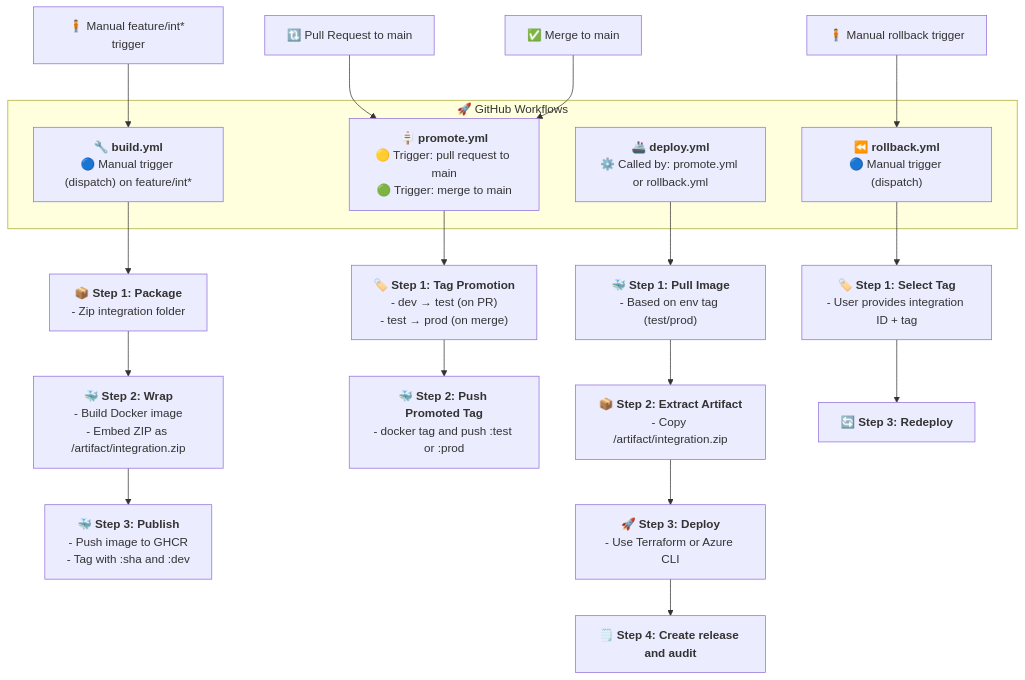
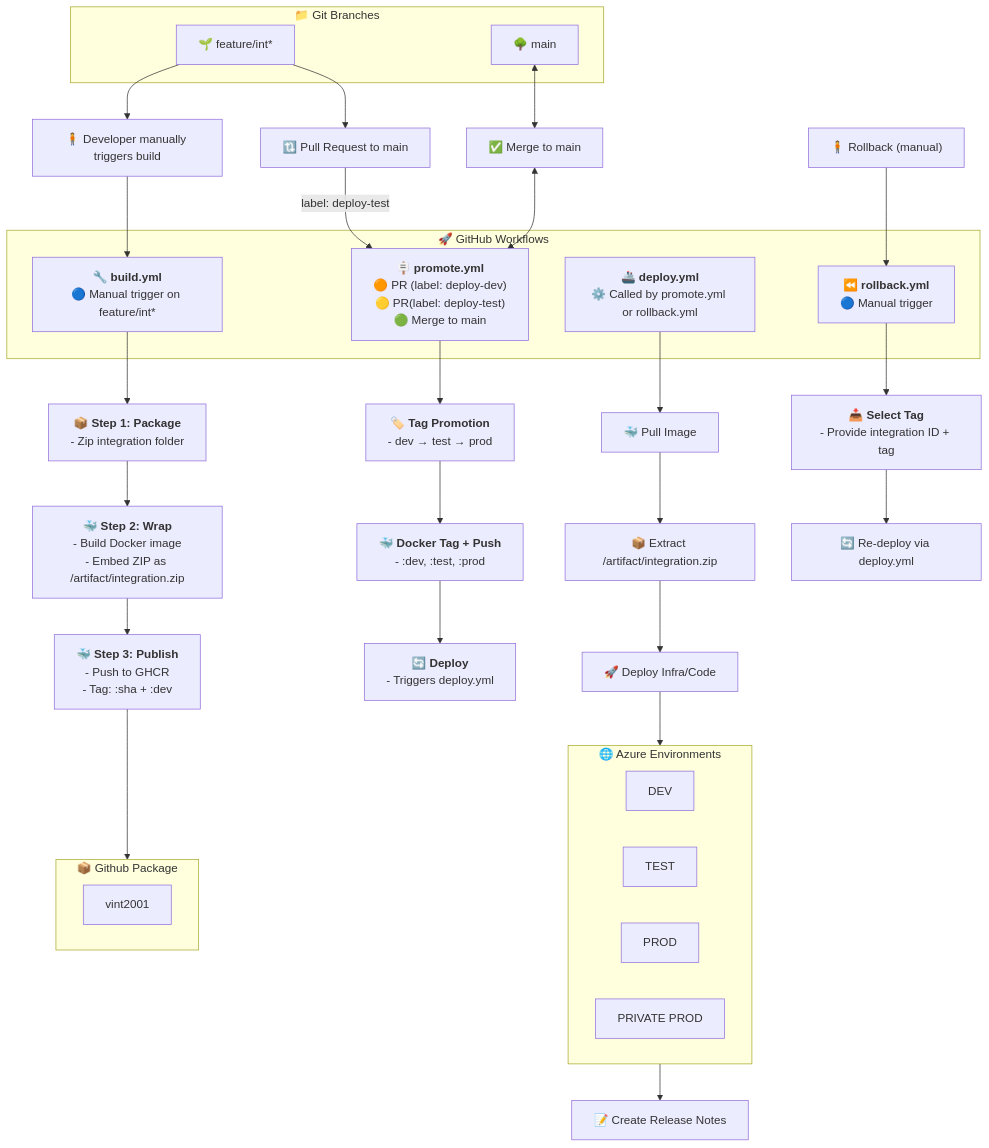
The diagram in README.md (antonidag/radius), drawn with Mermaid before and after one commit.

````diff
--- a/README.md
+++ b/README.md
@@ -1,24 +1,68 @@
 ```mermaid
 flowchart TD
- subgraph subGraph0["🚀 GitHub Workflows"]
-        W1["🔧 <b>build.yml</b><br>🔵 Manual trigger (dispatch) on feature/int*"]
-        W2["🪧 <b>promote.yml</b><br>🟡 Trigger: pull request to main<br>🟢 Trigger: merge to main"]
-        W3["🚢 <b>deploy.yml</b><br>⚙️ Called by: promote.yml or rollback.yml"]
-        W4["⏪ <b>rollback.yml</b><br>🔵 Manual trigger (dispatch)"]
+  %% Git branches
+  subgraph GIT["📁 Git Branches"]
+    branchFeature["🌱 feature/int*"]
+    branchMain["🌳 main"]
   end
-    W1 --> B1["📦 <b>Step 1: Package</b><br>- Zip integration folder"]
-    B1 --> B2["🐳 <b>Step 2: Wrap</b><br>- Build Docker image<br>- Embed ZIP as /artifact/integration.zip"]
-    B2 --> B3["🐳 <b>Step 3: Publish</b><br>- Push image to GHCR<br>- Tag with :sha and :dev"]
-    W2 --> P1["🏷️ <b>Step 1: Tag Promotion</b><br>- dev → test (on PR)<br>- test → prod (on merge)"]
-    P1 --> P2["🐳 <b>Step 2: Push Promoted Tag</b><br>- docker tag and push :test or :prod"]
-    W3 --> D1["🐳 <b>Step 1: Pull Image</b><br>- Based on env tag (test/prod)"]
-    D1 --> D2["📦 <b>Step 2: Extract Artifact</b><br>- Copy /artifact/integration.zip"]
-    D2 --> D3["🚀 <b>Step 3: Deploy</b><br>- Use Terraform or Azure CLI"]
-    D3 --> D4["🗒️ <b>Step 4: Create release and audit</b><br>"]
-    W4 --> R1["🏷️ <b>Step 1: Select Tag</b><br>- User provides integration ID + tag"]
-    R1 --> R2["🔄 <b>Step 3: Redeploy</b><br>"]
-    DevPush["🧍 Manual feature/int* trigger"] --> W1
-    PullRequest["🔃 Pull Request to main"] --> W2
-    MergeMain["✅ Merge to main"] --> W2
-    ManualRollback["🧍 Manual rollback trigger"] --> W4
+
+  %% Environments
+  subgraph ENVIRONMENTS["🌐 Azure Environments"]
+    ENV_DEV["DEV"]
+    ENV_TEST["TEST"]
+    ENV_PROD["PROD"]
+    ENV_HYBRID_PROD["PRIVATE PROD"]
+  end
+
+  %% Environments
+  subgraph Package["📦 Github Package"]
+    p1["vint2001"]
+  end
+
+  %% GitHub Workflows
+  subgraph WORKFLOWS["🚀 GitHub Workflows"]
+    W1["🔧 <b>build.yml</b><br>🔵 Manual trigger on feature/int*"]
+    W2["🪧 <b>promote.yml</b><br>🟠 PR (label: deploy-dev)<br>🟡 PR(label: deploy-test)<br>🟢 Merge to main"]
+    W3["🚢 <b>deploy.yml</b><br>⚙️ Called by promote.yml or rollback.yml"]
+    W4["⏪ <b>rollback.yml</b><br>🔵 Manual trigger"]
+  end
+
+  %% Build process
+  W1 --> B1["📦 <b>Step 1: Package</b><br>- Zip integration folder"]
+  B1 --> B2["🐳 <b>Step 2: Wrap</b><br>- Build Docker image<br>- Embed ZIP as /artifact/integration.zip"]
+  B2 --> B3["🐳 <b>Step 3: Publish</b><br>- Push to GHCR<br>- Tag: :sha + :dev"]
+  B3 --> Package
+
+
+  %% Promote process
+  W2 --> P1["🏷️ <b>Tag Promotion</b><br>- dev → test → prod"]
+  P1 --> P2["🐳 <b>Docker Tag + Push</b><br>- :dev, :test, :prod"]
+  P2 --> P3["🔄 <b>Deploy</b><br>- Triggers deploy.yml"]
+  
+
+  %% Deploy steps
+  W3 --> D1["🐳 Pull Image"]
+  D1 --> D2["📦 Extract /artifact/integration.zip"]
+  D2 --> D3["🚀 Deploy Infra/Code"]
+  D3 --> ENVIRONMENTS
+  ENVIRONMENTS --> D4["📝 Create Release Notes"]
+
+  %% Rollback
+  W4 --> R1["📥 <b>Select Tag</b><br>- Provide integration ID + tag"]
+  R1 --> R2["🔄 Re-deploy via deploy.yml"]
+
+  %% Connections
+  branchFeature --> DevPush["🧍 Developer manually triggers build"]
+  DevPush --> W1
+
+
+  branchFeature --> PR["🔃 Pull Request to main"]
+  PR -->|label: deploy-test| W2
+
+
+  branchMain <--> MergeMain["✅ Merge to main"]
+  MergeMain <--> W2
+
+  ManualRollback["🧍 Rollback (manual)"] --> W4
+
 ```
````
